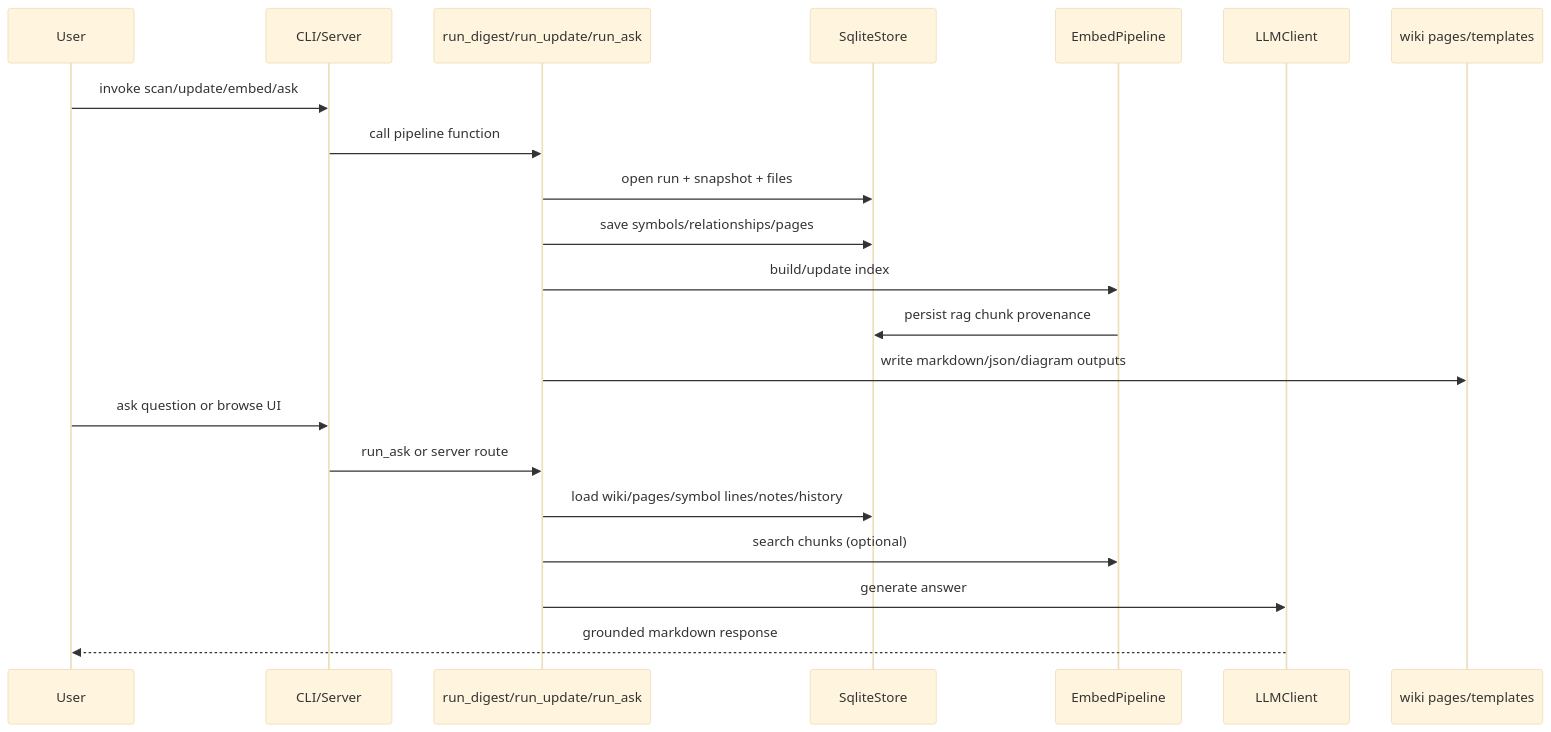
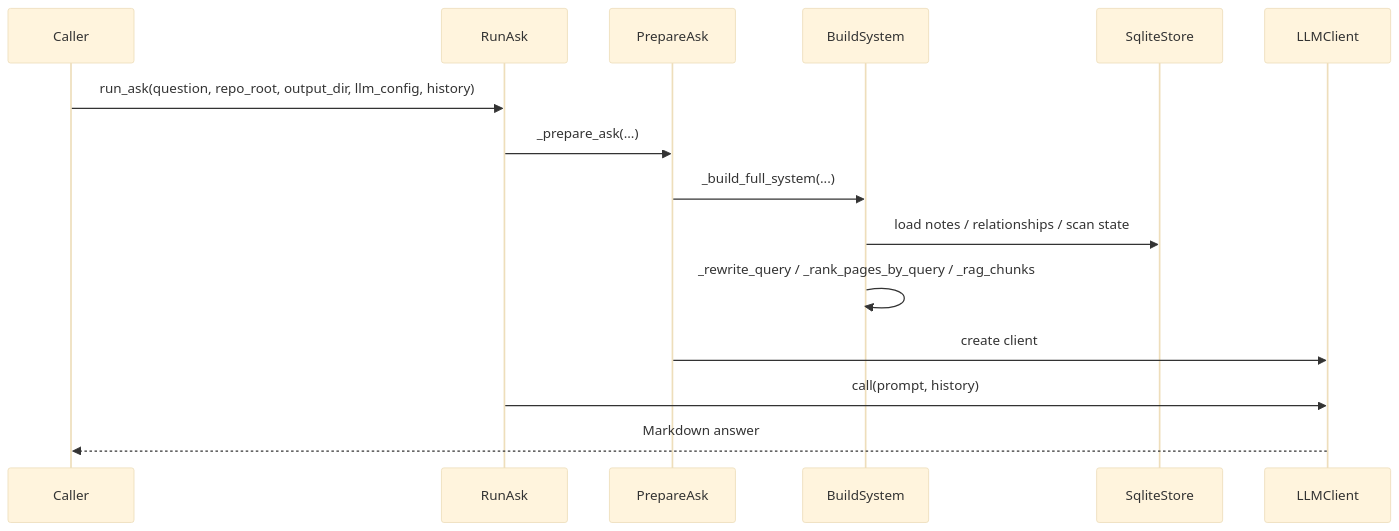
The second of 2 diagrams in .rekipedia/wiki/architecture.md (actions-marketplace-validations/unrealandychan_rekipedia), drawn with Mermaid (base theme) before and after one commit. The commit also changed other lines of this file and 13 other files, not shown here.

````diff
--- a/.rekipedia/wiki/architecture.md
+++ b/.rekipedia/wiki/architecture.md
@@ -127,24 +171,18 @@
 ```mermaid
 sequenceDiagram
-  participant User
-  participant CLI as CLI/Server
-  participant Orchestrator as run_digest/run_update/run_ask
+  participant Caller
+  participant RunAsk
+  participant PrepareAsk
+  participant BuildSystem
   participant Store as SqliteStore
-  participant Rag as EmbedPipeline
   participant LLM as LLMClient
-  participant Wiki as wiki pages/templates
 
-  User->>CLI: invoke scan/update/embed/ask
-  CLI->>Orchestrator: call pipeline function
-  Orchestrator->>Store: open run + snapshot + files
-  Orchestrator->>Store: save symbols/relationships/pages
-  Orchestrator->>Rag: build/update index
-  Rag->>Store: persist rag chunk provenance
-  Orchestrator->>Wiki: write markdown/json/diagram outputs
-  User->>CLI: ask question or browse UI
-  CLI->>Orchestrator: run_ask or server route
-  Orchestrator->>Store: load wiki/pages/symbol lines/notes/history
-  Orchestrator->>Rag: search chunks (optional)
-  Orchestrator->>LLM: generate answer
-  LLM-->>User: grounded markdown response
+  Caller->>RunAsk: run_ask(question, repo_root, output_dir, llm_config, history)
+  RunAsk->>PrepareAsk: _prepare_ask(...)
+  PrepareAsk->>BuildSystem: _build_full_system(...)
+  BuildSystem->>Store: load notes / relationships / scan state
+  BuildSystem->>BuildSystem: _rewrite_query / _rank_pages_by_query / _rag_chunks
+  PrepareAsk->>LLM: create client
+  RunAsk->>LLM: call(prompt, history)
+  LLM-->>Caller: Markdown answer
 ```
````
